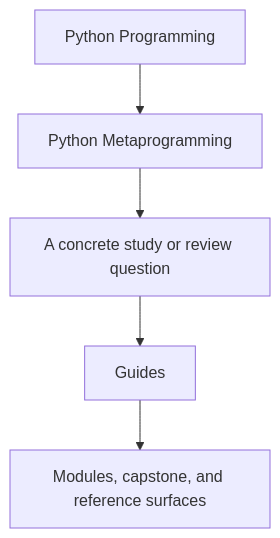
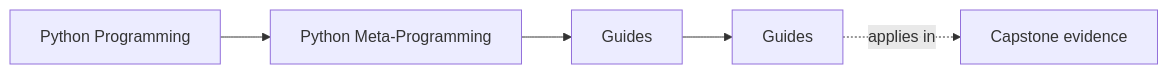
The first of 2 diagrams in programs/python-programming/python-meta-programming/course-book/guides/index.md (bijux/bijux-masterclass), drawn with Mermaid before and after one commit. The commit also changed other lines of this file and 55 other files, not shown here.

Commit message:
docs(python-meta-programming): map runtime foundations and inspection routes

````diff
--- a/programs/python-programming/python-meta-programming/course-book/guides/index.md
+++ b/programs/python-programming/python-meta-programming/course-book/guides/index.md
@@ -6,7 +6,11 @@
 ```mermaid
-flowchart TD
-  family["Python Programming"] --> program["Python Metaprogramming"]
-  program --> pressure["A concrete study or review question"]
-  pressure --> guide["Guides"]
-  guide --> next["Modules, capstone, and reference surfaces"]
+graph LR
+  family["Python Programming"]
+  program["Python Meta-Programming"]
+  section["Guides"]
+  page["Guides"]
+  capstone["Capstone evidence"]
+
+  family --> program --> section --> page
+  page -.applies in.-> capstone
 ```
````
